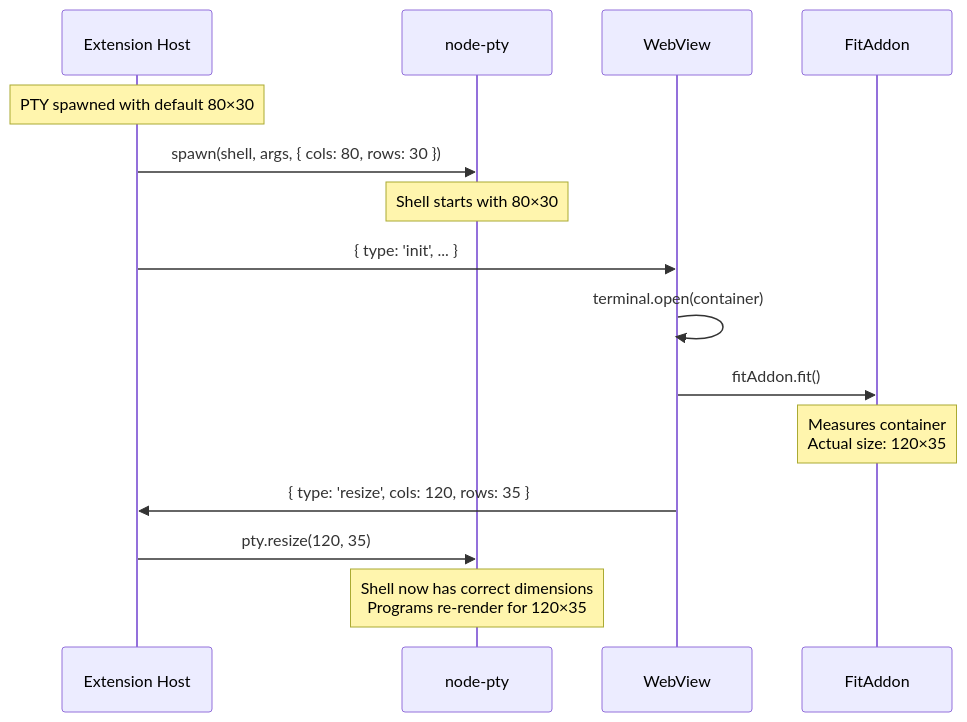
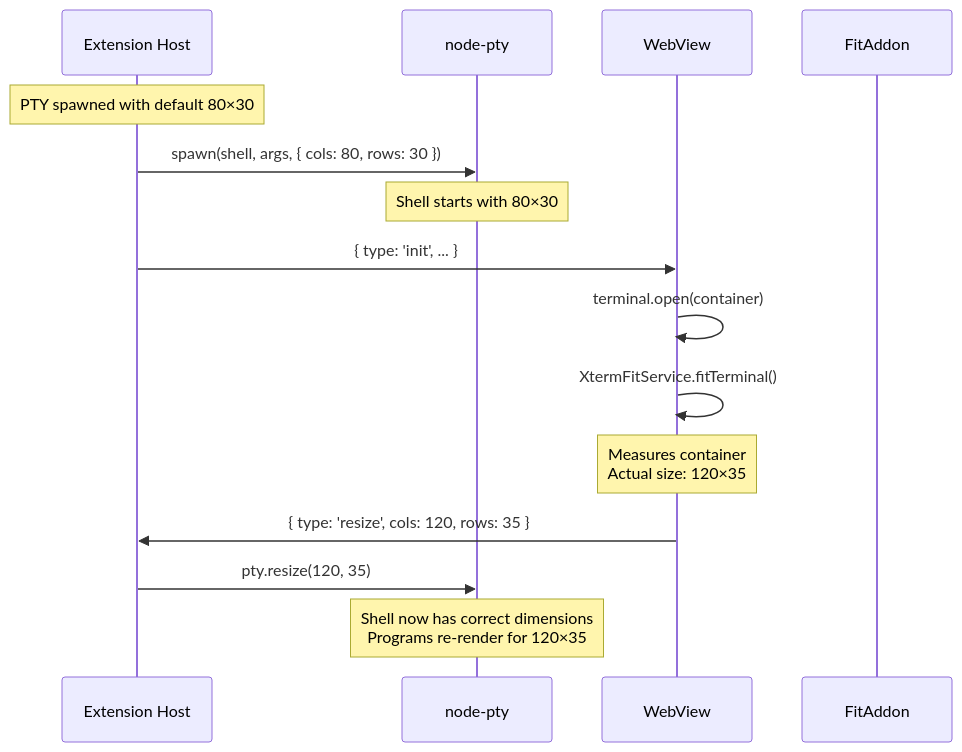
The fifth of 7 diagrams in docs/design/resize-handling.md (huybuidac/anywhere-terminal), drawn with Mermaid before and after one commit. The commit also changed other lines of this file and 46 other files, not shown here.

Commit message:
refactor: extract terminal factory, split renderer, and flow control into dedicated modules, reducing main.ts to a composition root, and add new webview tests.

````diff
--- a/docs/design/resize-handling.md
+++ b/docs/design/resize-handling.md
@@ -308,21 +349,21 @@
 ```mermaid
 sequenceDiagram
     participant EXT as Extension Host
     participant PTY as node-pty
     participant WV as WebView
     participant FA as FitAddon
 
     Note over EXT: PTY spawned with default 80×30
     EXT->>PTY: spawn(shell, args, { cols: 80, rows: 30 })
     Note over PTY: Shell starts with 80×30
 
     EXT->>WV: { type: 'init', ... }
 
     WV->>WV: terminal.open(container)
-    WV->>FA: fitAddon.fit()
-    Note over FA: Measures container<br/>Actual size: 120×35
+    WV->>WV: XtermFitService.fitTerminal()
+    Note over WV: Measures container<br/>Actual size: 120×35
 
     WV->>EXT: { type: 'resize', cols: 120, rows: 35 }
     EXT->>PTY: pty.resize(120, 35)
     Note over PTY: Shell now has correct dimensions<br/>Programs re-render for 120×35
 ```
````
